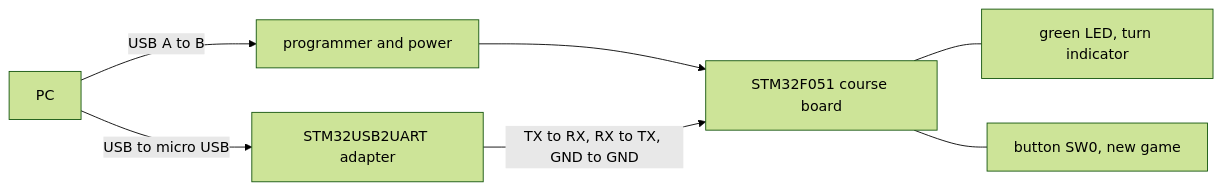
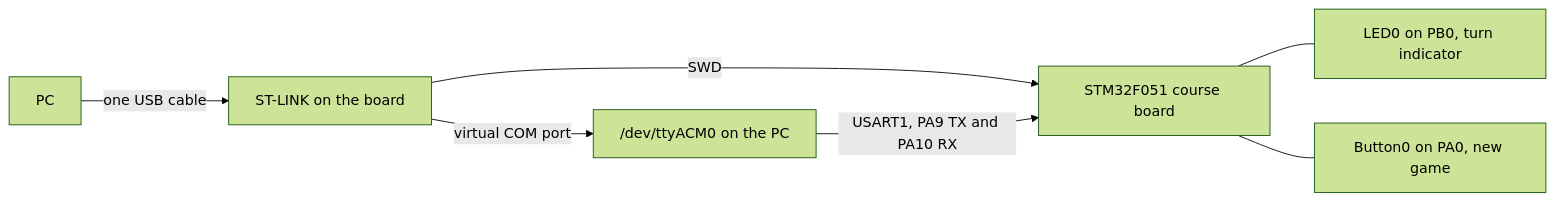
One commit to TriTacLe/EEE3095S-project changed the sixth of 6 diagrams in docs/design.md. Above: the diagram before and after it, drawn with Mermaid (forest theme). The commit also changed other lines of this file and 90 other files, not shown here.

First line of the commit message:
Add the board project and bring the USART up from registers

````diff
--- a/docs/design.md
+++ b/docs/design.md
@@ -113,9 +113,9 @@
 ```mermaid
 flowchart LR
-    PC[PC] -- USB A to B --> PROG[programmer and power]
-    PROG --> STM[STM32F051 course board]
-    PC -- USB to micro USB --> ADP[STM32USB2UART adapter]
-    ADP -- TX to RX, RX to TX, GND to GND --> STM
-    STM --- LED[green LED, turn indicator]
-    STM --- BTN[button SW0, new game]
+    PC[PC] -- one USB cable --> STL[ST-LINK on the board]
+    STL -- SWD --> STM[STM32F051 course board]
+    STL -- virtual COM port --> VCP["/dev/ttyACM0 on the PC"]
+    VCP -- USART1, PA9 TX and PA10 RX --> STM
+    STM --- LED[LED0 on PB0, turn indicator]
+    STM --- BTN[Button0 on PA0, new game]
 ```
````
